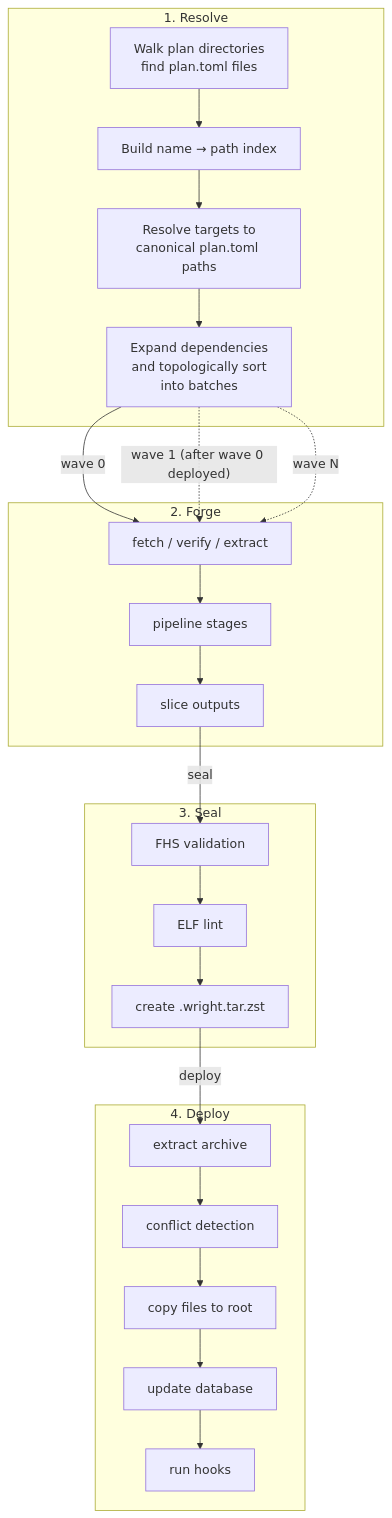
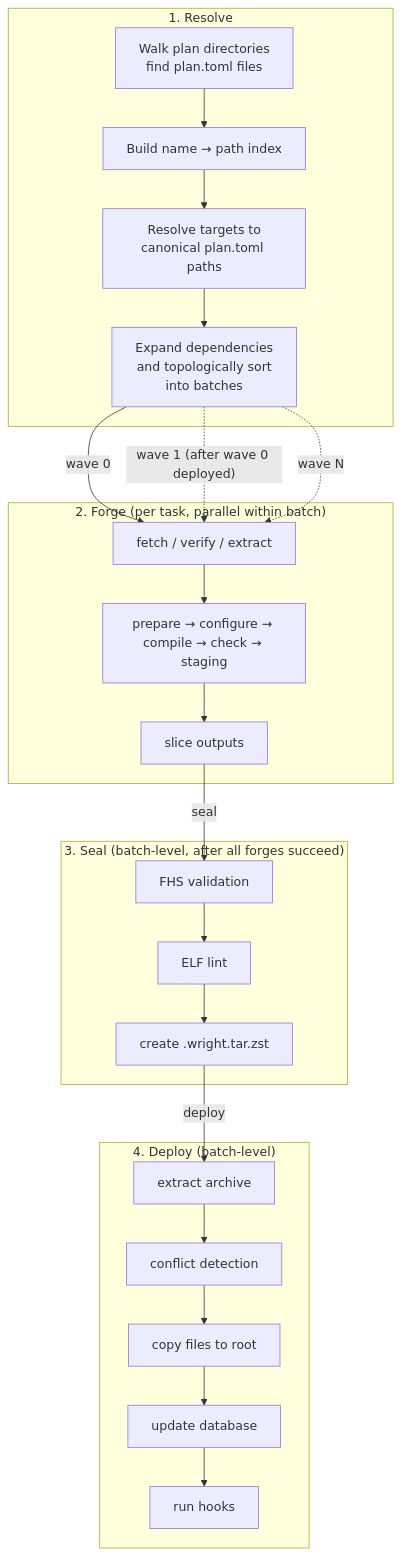
One commit to ming2k/wright changed the diagram in docs/explanation/plan-pipeline.md. Above: the diagram before and after it, drawn with Mermaid. The commit also changed other lines of this file and 126 other files, not shown here.

````diff
--- a/docs/explanation/plan-pipeline.md
+++ b/docs/explanation/plan-pipeline.md
@@ -10,38 +10,38 @@
 ```mermaid
 flowchart TD
     subgraph Resolve["1. Resolve"]
         D["Walk plan directories\nfind plan.toml files"]
         D2["Build name → path index"]
         R["Resolve targets to\ncanonical plan.toml paths"]
         EP["Expand dependencies\nand topologically sort\ninto batches"]
     end
 
-    subgraph Forge["2. Forge"]
+    subgraph Forge["2. Forge (per task, parallel within batch)"]
         FF["fetch / verify / extract"]
-        FP["pipeline stages"]
+        FP["prepare → configure → compile → check → staging"]
         FS["slice outputs"]
     end
 
-    subgraph Seal["3. Seal"]
+    subgraph Seal["3. Seal (batch-level, after all forges succeed)"]
         SV["FHS validation"]
         SL["ELF lint"]
         SC["create .wright.tar.zst"]
     end
 
-    subgraph Deploy["4. Deploy"]
+    subgraph Deploy["4. Deploy (batch-level)"]
         IX["extract archive"]
         IC["conflict detection"]
         IF["copy files to root"]
         ID["update database"]
         IH["run hooks"]
     end
 
     D --> D2 --> R --> EP
 
     EP -->|"wave 0"| FF --> FP --> FS
     FS -->|seal| SV --> SL --> SC
     SC -->|deploy| IX --> IC --> IF --> ID --> IH
 
     EP -.->|"wave 1 (after wave 0 deployed)"| FF
     EP -.->|"wave N"| FF
 ```
````
